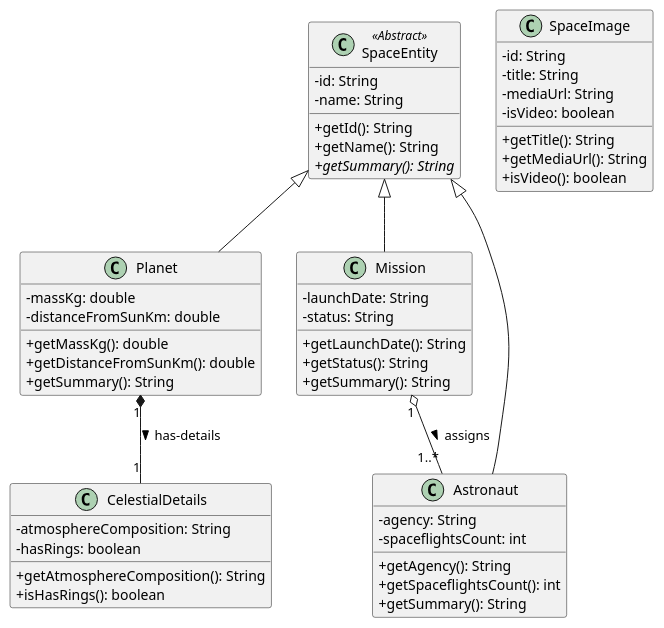
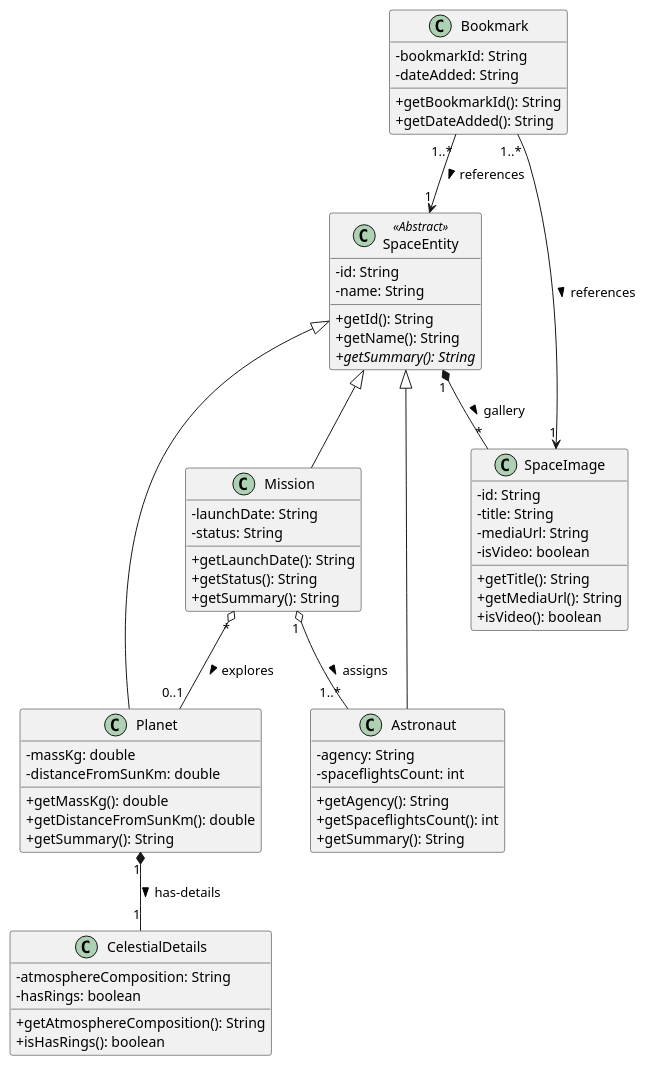
Before and after one commit to hari7ej-cell/space-explorer: the diagram in docs/class-diagram.puml, drawn with PlantUML. The commit also changed 2 other files, not shown here.

```diff
--- a/docs/class-diagram.puml
+++ b/docs/class-diagram.puml
@@ -1,59 +1,77 @@
 @startuml
 skinparam classAttributeIconSize 0
 
 class SpaceEntity <<Abstract>> {
   - id: String
   - name: String
   + getId(): String
   + getName(): String
   + {abstract} getSummary(): String
 }
 
 class Planet {
   - massKg: double
   - distanceFromSunKm: double
   + getMassKg(): double
   + getDistanceFromSunKm(): double
   + getSummary(): String
 }
 
 class CelestialDetails {
   - atmosphereComposition: String
   - hasRings: boolean
   + getAtmosphereComposition(): String
   + isHasRings(): boolean
 }
 
 class Mission {
   - launchDate: String
   - status: String
   + getLaunchDate(): String
   + getStatus(): String
   + getSummary(): String
 }
 
 class Astronaut {
   - agency: String
   - spaceflightsCount: int
   + getAgency(): String
   + getSpaceflightsCount(): int
   + getSummary(): String
 }
 
 class SpaceImage {
   - id: String
   - title: String
   - mediaUrl: String
   - isVideo: boolean
   + getTitle(): String
   + getMediaUrl(): String
   + isVideo(): boolean
 }
 
+class Bookmark {
+  - bookmarkId: String
+  - dateAdded: String
+  + getBookmarkId(): String
+  + getDateAdded(): String
+}
+
 SpaceEntity <|-- Planet
 SpaceEntity <|-- Mission
 SpaceEntity <|-- Astronaut
 
 Planet "1" *-- "1" CelestialDetails : has-details >
 Mission "1" o-- "1..*" Astronaut : assigns >
+
+' Mission knows which planet it is exploring
+Mission "*" o-- "0..1" Planet : explores >
+
+' Every SpaceEntity can have a gallery of images
+SpaceEntity "1" *-- "*" SpaceImage : gallery >
+
+' Bookmarks can save an entity or a specific image
+Bookmark "1..*" --> "1" SpaceEntity : references >
+Bookmark "1..*" --> "1" SpaceImage : references >
+
 @enduml
```
